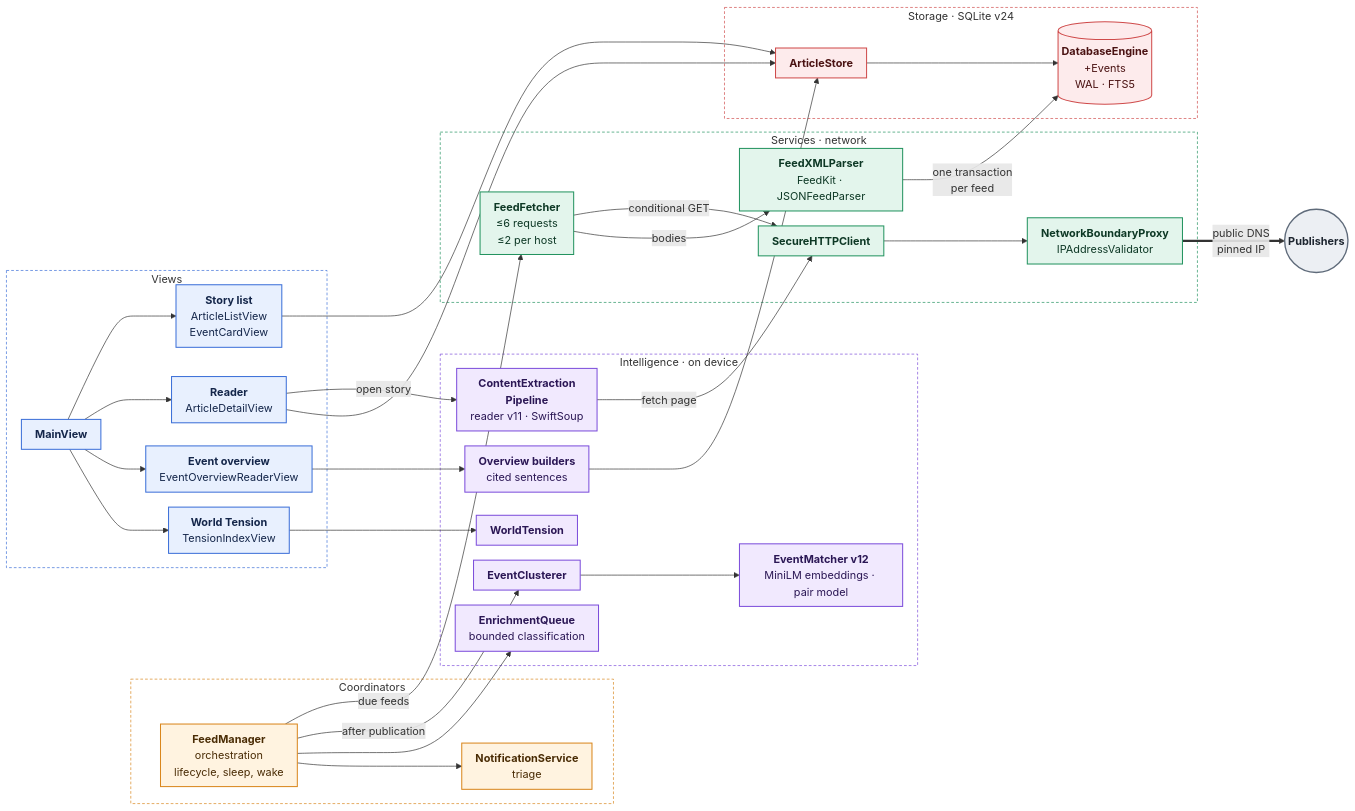
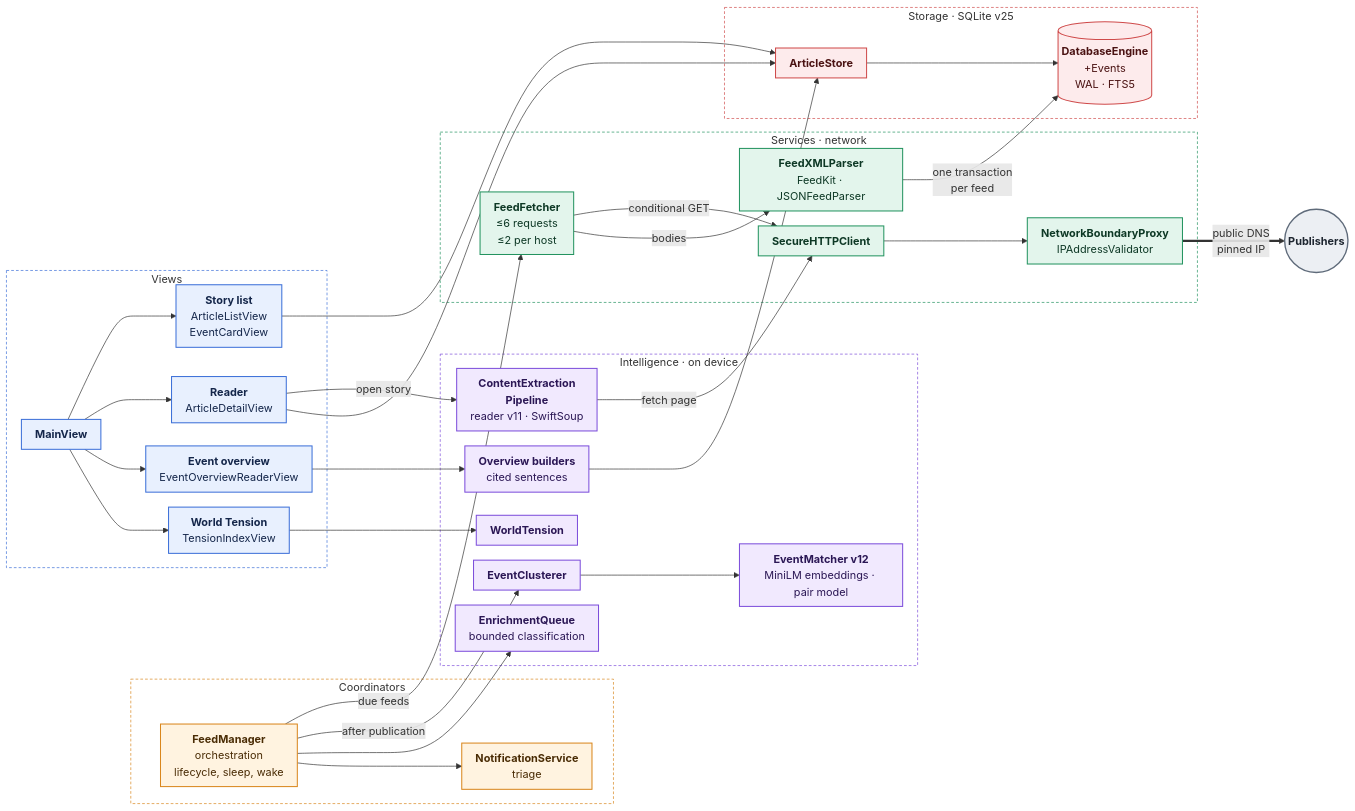
Before and after one commit to marspater/NewsApp-macOS: the first of 3 diagrams in docs/ARCHITECTURE.md, drawn with Mermaid. The commit also changed other lines of this file and 12 other files, not shown here.

````diff
--- a/docs/ARCHITECTURE.md
+++ b/docs/ARCHITECTURE.md
@@ -22,75 +22,75 @@
 ```mermaid
 %%{init: {"flowchart": {"curve": "basis", "nodeSpacing": 22, "rankSpacing": 44, "padding": 10}}}%%
 flowchart LR
     subgraph Coord["Coordinators"]
         FM["<b>FeedManager</b><br/>orchestration<br/>lifecycle, sleep, wake"]
         NS["<b>NotificationService</b><br/>triage"]
     end
 
     subgraph UI["Views"]
         Main["<b>MainView</b>"]
         List["<b>Story list</b><br/>ArticleListView<br/>EventCardView"]
         Reader["<b>Reader</b><br/>ArticleDetailView"]
         Overview["<b>Event overview</b><br/>EventOverviewReaderView"]
         Tension["<b>World Tension</b><br/>TensionIndexView"]
     end
 
     subgraph Intel["Intelligence · on device"]
         EQ["<b>EnrichmentQueue</b><br/>bounded classification"]
         EC["<b>EventClusterer</b>"]
         EM["<b>EventMatcher v12</b><br/>MiniLM embeddings · pair model"]
         CEP["<b>ContentExtraction<br/>Pipeline</b><br/>reader v11 · SwiftSoup"]
         OV["<b>Overview builders</b><br/>cited sentences"]
         WT["<b>WorldTension</b>"]
     end
 
     subgraph Svc["Services · network"]
         FF["<b>FeedFetcher</b><br/>≤6 requests<br/>≤2 per host"]
         Parse["<b>FeedXMLParser</b><br/>FeedKit · JSONFeedParser"]
         HTTP["<b>SecureHTTPClient</b>"]
         GW["<b>NetworkBoundaryProxy</b><br/>IPAddressValidator"]
     end
 
-    subgraph Store["Storage · SQLite v24"]
+    subgraph Store["Storage · SQLite v25"]
         AS["<b>ArticleStore</b>"]
         DB[("<b>DatabaseEngine</b><br/>+Events<br/>WAL · FTS5")]
     end
 
     Net(("<b>Publishers</b>"))
 
     FM -->|due feeds| FF
     FM -->|after publication| EC
     FM --> EQ & NS
     EC --> EM
     FF -->|conditional GET| HTTP
     FF -->|bodies| Parse
     Parse -->|one transaction<br/>per feed| DB
     Main --> List & Reader & Overview & Tension
     Reader -->|open story| CEP
     CEP -->|fetch page| HTTP
     HTTP --> GW
     GW ==>|public DNS<br/>pinned IP| Net
     Overview --> OV
     OV --> AS
     List & Reader --> AS
     AS --> DB
     Tension --> WT
 
     classDef ui fill:#E8F0FE,stroke:#3B6FD8,stroke-width:1.5px,color:#14264A
     classDef coord fill:#FFF3E0,stroke:#D9861C,stroke-width:1.5px,color:#4A2C05
     classDef intel fill:#F1E9FE,stroke:#7C4DDB,stroke-width:1.5px,color:#2B1755
     classDef svc fill:#E3F5EC,stroke:#23935F,stroke-width:1.5px,color:#0D3825
     classDef store fill:#FDEBEC,stroke:#CF4A4A,stroke-width:1.5px,color:#4A1212
     classDef ext fill:#ECEFF3,stroke:#5F6B7A,stroke-width:2px,color:#1E2630
     class Main,List,Reader,Overview,Tension ui
     class FM,NS coord
     class CEP,EQ,EC,EM,OV,WT intel
     class FF,Parse,HTTP,GW svc
     class AS,DB store
     class Net ext
     style UI fill:none,stroke:#3B6FD8,stroke-dasharray:4 3
     style Coord fill:none,stroke:#D9861C,stroke-dasharray:4 3
     style Intel fill:none,stroke:#7C4DDB,stroke-dasharray:4 3
     style Svc fill:none,stroke:#23935F,stroke-dasharray:4 3
     style Store fill:none,stroke:#CF4A4A,stroke-dasharray:4 3
 ```
````
